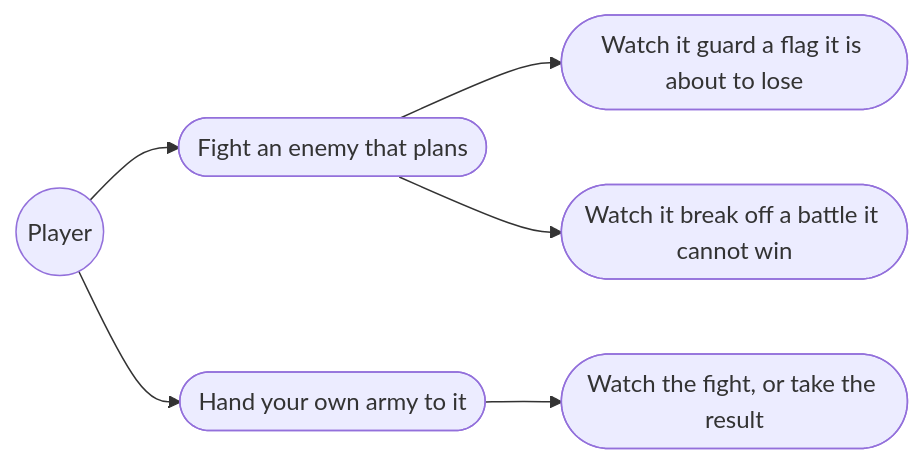
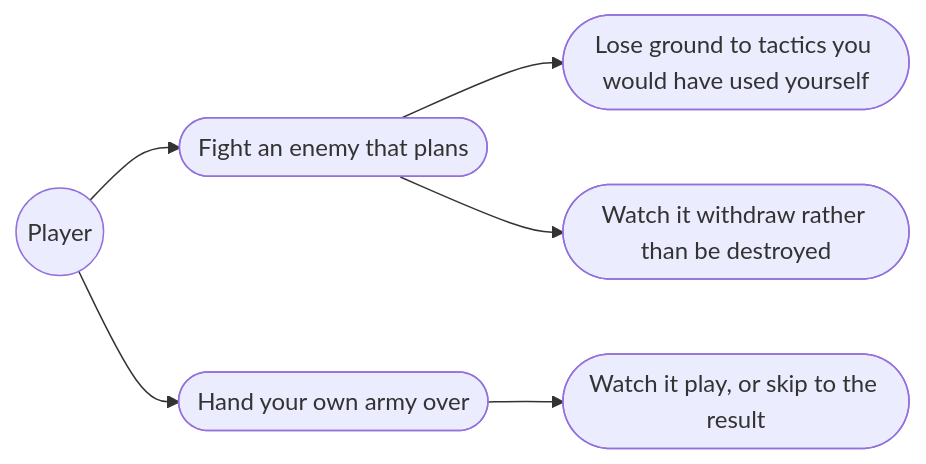
Before and after one commit to pslotinsky/kunstkamera: the first of 3 diagrams in gemfire/docs/design/08-5-the-tactical-ai.md, drawn with Mermaid. The commit also changed other lines of this file and 49 other files, not shown here.

Commit message:
feat(gemfire): hand a battle over to an AI that thinks a few moves ahead

````diff
--- a/gemfire/docs/design/08-5-the-tactical-ai.md
+++ b/gemfire/docs/design/08-5-the-tactical-ai.md
@@ -31,9 +26,9 @@
 ```mermaid
 flowchart LR
   player((Player))
   player --> uc1(["Fight an enemy that plans"])
-  uc1 --> uc2(["Watch it guard a flag it is about to lose"])
-  uc1 --> uc3(["Watch it break off a battle it cannot win"])
-  player --> uc4(["Hand your own army to it"])
-  uc4 --> uc5(["Watch the fight, or take the result"])
+  uc1 --> uc2(["Lose ground to tactics you would have used yourself"])
+  uc1 --> uc3(["Watch it withdraw rather than be destroyed"])
+  player --> uc4(["Hand your own army over"])
+  uc4 --> uc5(["Watch it play, or skip to the result"])
 ```
````
